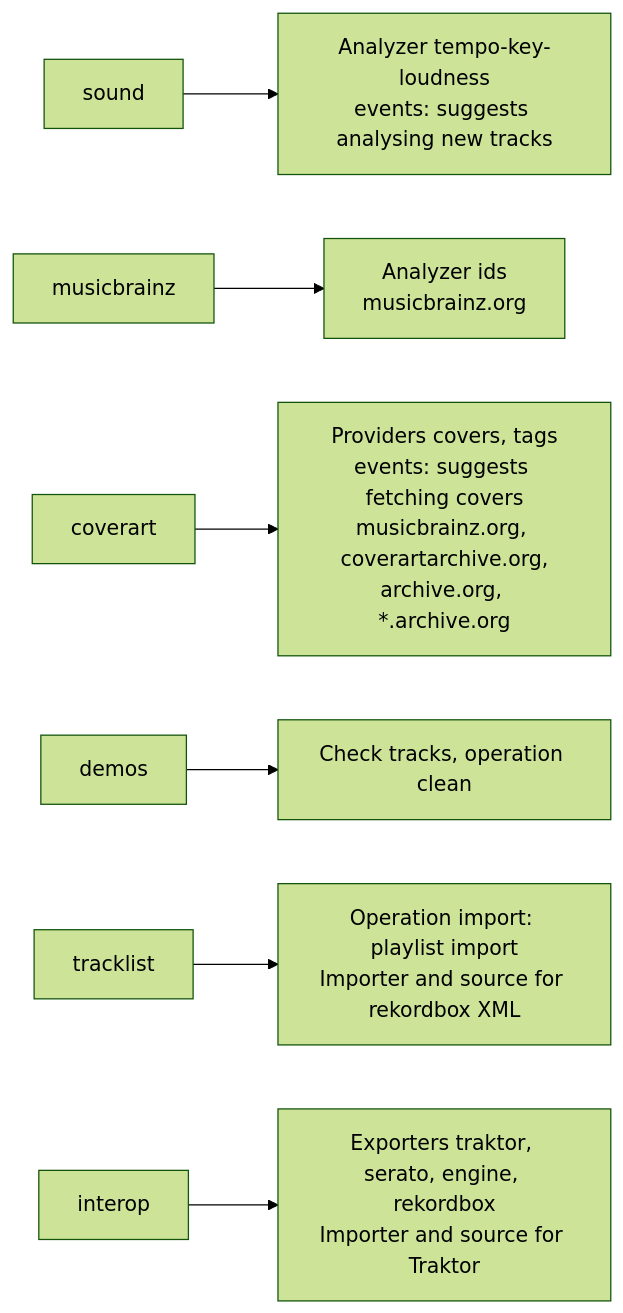
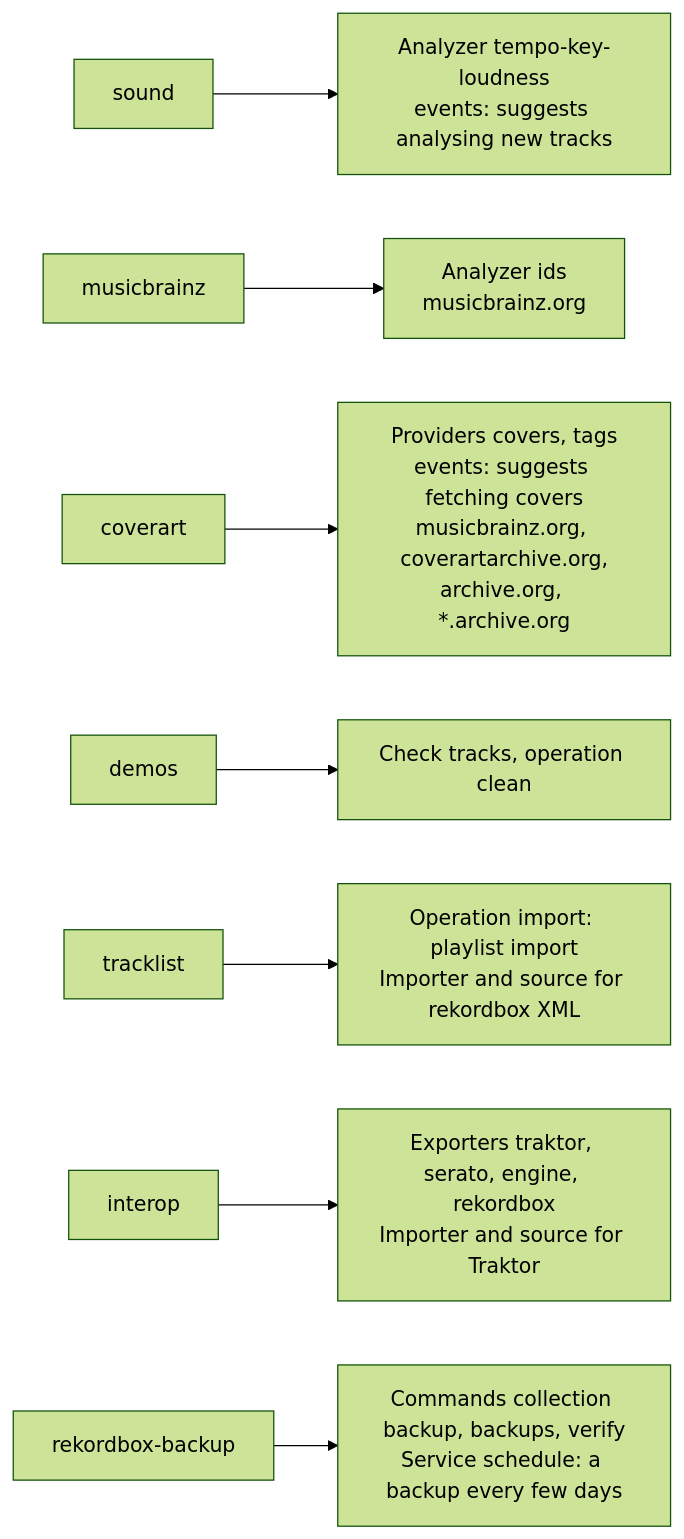
One commit to cutenode/localnetwork changed the second of 17 diagrams in apps/locallibrary/docs/diagrams/plugins.md. Above: the diagram before and after it, drawn with Mermaid (forest theme). The commit also changed other lines of this file and 1 other file, not shown here.

First line of the commit message:
docs(locallibrary): add the rekordbox-backup plugin to the diagrams

````diff
--- a/apps/locallibrary/docs/diagrams/plugins.md
+++ b/apps/locallibrary/docs/diagrams/plugins.md
@@ -60,9 +60,10 @@
 ```mermaid
 flowchart LR
     sound["sound"] --> soundadds["Analyzer tempo-key-loudness<br/>events: suggests analysing new tracks"]
     musicbrainz["musicbrainz"] --> mbadds["Analyzer ids<br/>musicbrainz.org"]
     coverart["coverart"] --> coveradds["Providers covers, tags<br/>events: suggests fetching covers<br/>musicbrainz.org, coverartarchive.org,<br/>archive.org, *.archive.org"]
     demos["demos"] --> demoadds["Check tracks, operation clean"]
     tracklist["tracklist"] --> trackadds["Operation import: playlist import<br/>Importer and source for rekordbox XML"]
     interop["interop"] --> interopadds["Exporters traktor, serato, engine, rekordbox<br/>Importer and source for Traktor"]
+    rekordboxbackup["rekordbox-backup"] --> rbadds["Commands collection backup, backups, verify<br/>Service schedule: a backup every few days"]
 ```
````
